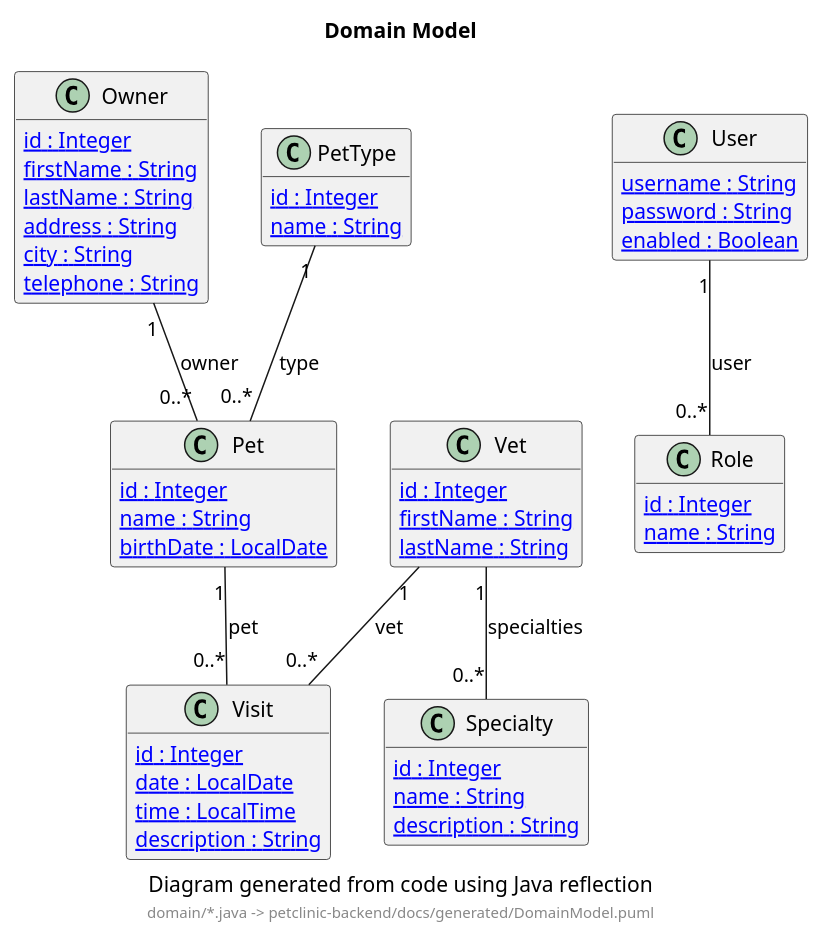
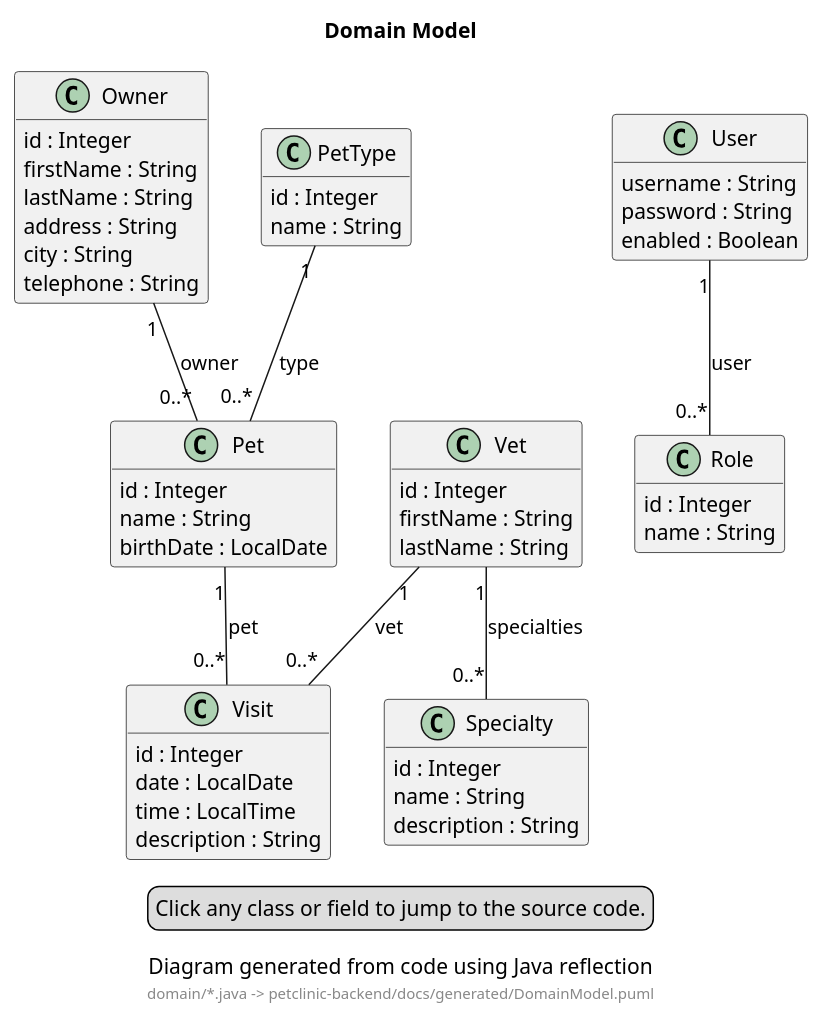
Before and after one commit to victorrentea/petclinic: the diagram in petclinic-backend/docs/generated/DomainModel.puml, drawn with PlantUML. The commit also changed 1 other file, not shown here.

Commit message:
feat(diagrams): make the domain model clickable without looking like a link farm
Every class and every field points at its declaration, so underlining them put a
blue rule under most of the diagram — the affordance cost more than it bought. The
links are now plain black text, and a legend says once what would otherwise be
implied on every row.

The legend is emitted before the classes on purpose: the review diff copies the
preamble from the new side and starts its own output at the first element, so a
legend written after them would not survive into the delta.

Claude-Session: https://claude.ai/code/session_012PXokDmD4B5B9DicjnSVVw

```diff
--- a/petclinic-backend/docs/generated/DomainModel.puml
+++ b/petclinic-backend/docs/generated/DomainModel.puml
@@ -1,60 +1,65 @@
 @startuml
 
 title Domain Model
 caption Diagram generated from code using Java reflection
 footer domain/*.java -> petclinic-backend/docs/generated/DomainModel.puml
 
 hide empty members
 skinparam classAttributeIconSize 0
+skinparam hyperlinkUnderline false
+skinparam hyperlinkColor #000000
+legend bottom
+  Click any class or field to jump to the source code.
+end legend
 
 class Owner [[src://petclinic-backend/src/main/java/victor/training/petclinic/domain/Owner.java:32{open Owner in the editor}]] {
   [[src://petclinic-backend/src/main/java/victor/training/petclinic/domain/Owner.java:35{open id in the editor} id : Integer]]
   [[src://petclinic-backend/src/main/java/victor/training/petclinic/domain/Owner.java:38{open firstName in the editor} firstName : String]]
   [[src://petclinic-backend/src/main/java/victor/training/petclinic/domain/Owner.java:41{open lastName in the editor} lastName : String]]
   [[src://petclinic-backend/src/main/java/victor/training/petclinic/domain/Owner.java:44{open address in the editor} address : String]]
   [[src://petclinic-backend/src/main/java/victor/training/petclinic/domain/Owner.java:47{open city in the editor} city : String]]
   [[src://petclinic-backend/src/main/java/victor/training/petclinic/domain/Owner.java:57{open telephone in the editor} telephone : String]]
 }
 class Pet [[src://petclinic-backend/src/main/java/victor/training/petclinic/domain/Pet.java:33{open Pet in the editor}]] {
   [[src://petclinic-backend/src/main/java/victor/training/petclinic/domain/Pet.java:36{open id in the editor} id : Integer]]
   [[src://petclinic-backend/src/main/java/victor/training/petclinic/domain/Pet.java:30{open name in the editor} name : String]]
   [[src://petclinic-backend/src/main/java/victor/training/petclinic/domain/Pet.java:43{open birthDate in the editor} birthDate : LocalDate]]
 }
 class PetType [[src://petclinic-backend/src/main/java/victor/training/petclinic/domain/PetType.java:12{open PetType in the editor}]] {
   [[src://petclinic-backend/src/main/java/victor/training/petclinic/domain/PetType.java:15{open id in the editor} id : Integer]]
   [[src://petclinic-backend/src/main/java/victor/training/petclinic/domain/PetType.java:9{open name in the editor} name : String]]
 }
 class Role [[src://petclinic-backend/src/main/java/victor/training/petclinic/domain/Role.java:12{open Role in the editor}]] {
   [[src://petclinic-backend/src/main/java/victor/training/petclinic/domain/Role.java:16{open id in the editor} id : Integer]]
   [[src://petclinic-backend/src/main/java/victor/training/petclinic/domain/Role.java:9{open name in the editor} name : String]]
 }
 class Specialty [[src://petclinic-backend/src/main/java/victor/training/petclinic/domain/Specialty.java:11{open Specialty in the editor}]] {
   [[src://petclinic-backend/src/main/java/victor/training/petclinic/domain/Specialty.java:15{open id in the editor} id : Integer]]
   [[src://petclinic-backend/src/main/java/victor/training/petclinic/domain/Specialty.java:8{open name in the editor} name : String]]
   [[src://petclinic-backend/src/main/java/victor/training/petclinic/domain/Specialty.java:20{open description in the editor} description : String]]
 }
 class User [[src://petclinic-backend/src/main/java/victor/training/petclinic/domain/User.java:15{open User in the editor}]] {
   [[src://petclinic-backend/src/main/java/victor/training/petclinic/domain/User.java:18{open username in the editor} username : String]]
   [[src://petclinic-backend/src/main/java/victor/training/petclinic/domain/User.java:20{open password in the editor} password : String]]
   [[src://petclinic-backend/src/main/java/victor/training/petclinic/domain/User.java:22{open enabled in the editor} enabled : Boolean]]
 }
 class Vet [[src://petclinic-backend/src/main/java/victor/training/petclinic/domain/Vet.java:15{open Vet in the editor}]] {
   [[src://petclinic-backend/src/main/java/victor/training/petclinic/domain/Vet.java:19{open id in the editor} id : Integer]]
   [[src://petclinic-backend/src/main/java/victor/training/petclinic/domain/Vet.java:22{open firstName in the editor} firstName : String]]
   [[src://petclinic-backend/src/main/java/victor/training/petclinic/domain/Vet.java:25{open lastName in the editor} lastName : String]]
 }
 class Visit [[src://petclinic-backend/src/main/java/victor/training/petclinic/domain/Visit.java:15{open Visit in the editor}]] {
   [[src://petclinic-backend/src/main/java/victor/training/petclinic/domain/Visit.java:18{open id in the editor} id : Integer]]
   [[src://petclinic-backend/src/main/java/victor/training/petclinic/domain/Visit.java:21{open date in the editor} date : LocalDate]]
   [[src://petclinic-backend/src/main/java/victor/training/petclinic/domain/Visit.java:25{open time in the editor} time : LocalTime]]
   [[src://petclinic-backend/src/main/java/victor/training/petclinic/domain/Visit.java:28{open description in the editor} description : String]]
 }
 
 Owner "1" -- "0..*" Pet : owner
 Pet "1" -- "0..*" Visit : pet
 PetType "1" -- "0..*" Pet : type
 User "1" -- "0..*" Role : user
 Vet "1" -- "0..*" Specialty : specialties
 Vet "1" -- "0..*" Visit : vet
 
 @enduml
```
